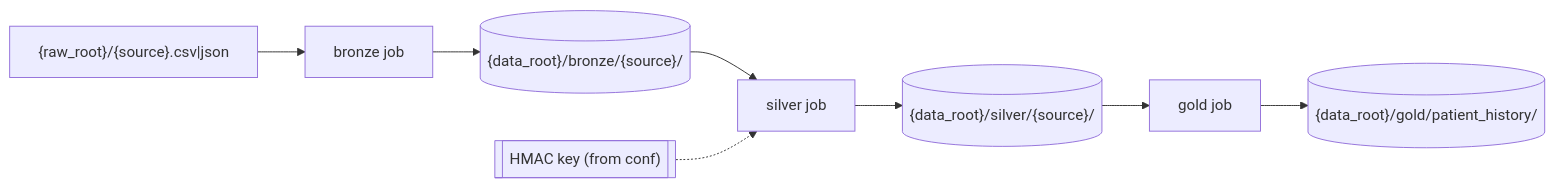
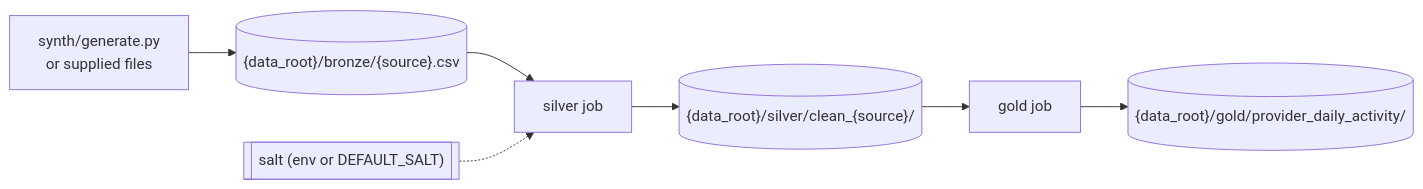
Before and after one commit to wolfeka42/regard-interview: the first of 2 diagrams in _bmad-output/planning-artifacts/architecture/architecture-interview-test-2026-10-12/ARCHITECTURE-SPINE.md, drawn with Mermaid. The commit also changed other lines of this file and 13 other files, not shown here.

First line of the commit message:
docs: course-correct plan to provider daily activity

````diff
--- a/_bmad-output/planning-artifacts/architecture/architecture-interview-test-2026-10-12/ARCHITECTURE-SPINE.md
+++ b/_bmad-output/planning-artifacts/architecture/architecture-interview-test-2026-10-12/ARCHITECTURE-SPINE.md
@@ -27,10 +29,9 @@
 ```mermaid
 flowchart LR
-  raw["{raw_root}/{source}.csv|json"] --> B[bronze job]
-  B --> bz[("{data_root}/bronze/{source}/")]
+  synth[synth/generate.py<br/>or supplied files] --> bz[("{data_root}/bronze/{source}.csv")]
   bz --> S[silver job]
-  S --> sv[("{data_root}/silver/{source}/")]
+  S --> sv[("{data_root}/silver/clean_{source}/")]
   sv --> G[gold job]
-  G --> gd[("{data_root}/gold/patient_history/")]
-  key[["HMAC key (from conf)"]] -.-> S
+  G --> gd[("{data_root}/gold/provider_daily_activity/")]
+  salt[["salt (env or DEFAULT_SALT)"]] -.-> S
 ```
````
